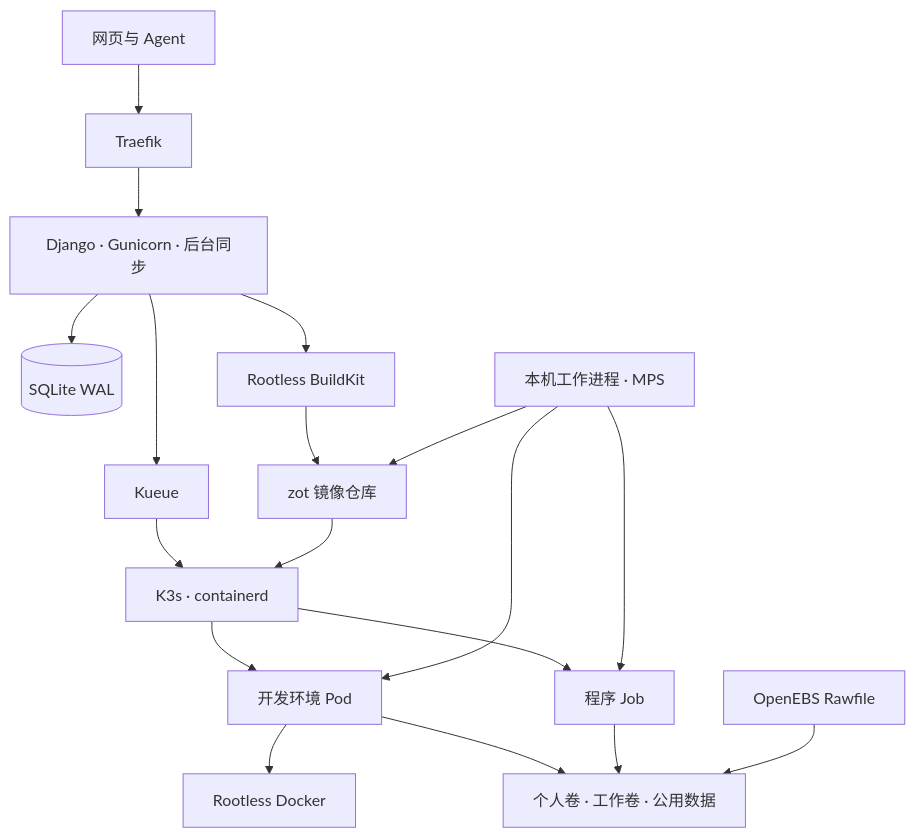
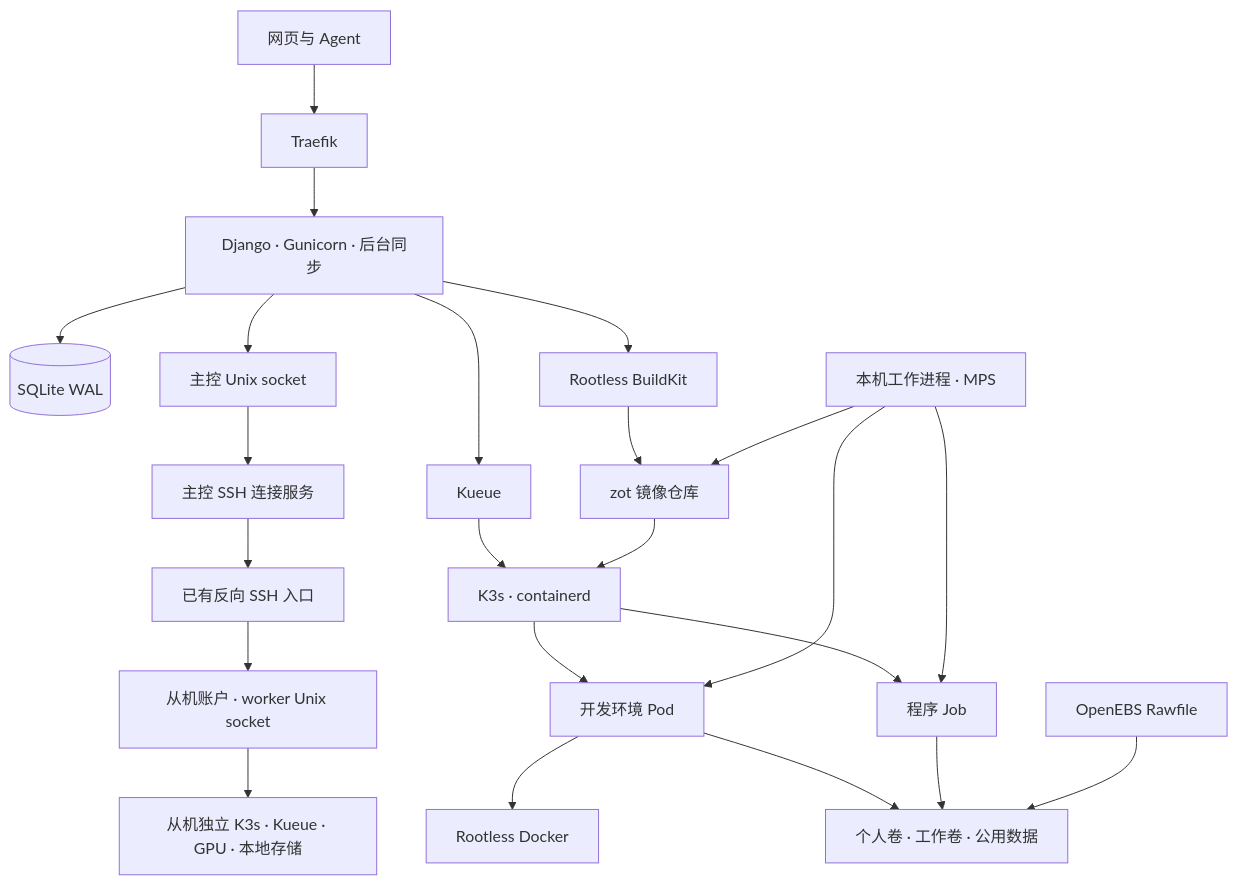
The first of 2 diagrams in docs/architecture.md (Kndy666/gpu-platform), drawn with Mermaid before and after one commit. The commit also changed other lines of this file and 71 other files, not shown here.

````diff
--- a/docs/architecture.md
+++ b/docs/architecture.md
@@ -5,20 +5,25 @@
 ```mermaid
 flowchart TD
     User[网页与 Agent] --> Entry[Traefik]
     Entry --> App[Django · Gunicorn · 后台同步]
     App --> DB[(SQLite WAL)]
+    App --> Socket[主控 Unix socket]
+    Socket --> Links[主控 SSH 连接服务]
+    Links --> Tunnel[已有反向 SSH 入口]
+    Tunnel --> RPC[从机账户 · worker Unix socket]
+    RPC --> Worker[从机独立 K3s · Kueue · GPU · 本地存储]
     App --> Queue[Kueue]
     Queue --> K3s[K3s · containerd]
     K3s --> Dev[开发环境 Pod]
     K3s --> Run[程序 Job]
     Node[本机工作进程 · MPS] --> Dev
     Node --> Run
     Dev --> Docker[Rootless Docker]
     Dev --> Volumes[个人卷 · 工作卷 · 公用数据]
     Run --> Volumes
     App --> Build[Rootless BuildKit]
     Build --> Registry[zot 镜像仓库]
     Node --> Registry
     Registry --> K3s
     Storage[OpenEBS Rawfile] --> Volumes
 ```
````
